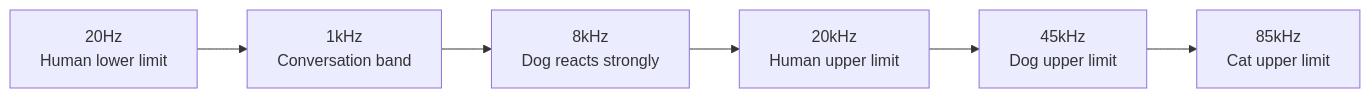
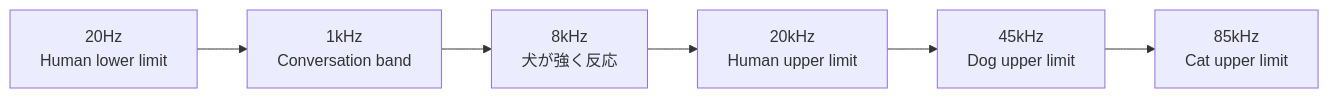
One commit to monumental-movement/monumental-movement.github.io changed the fourth of 5 diagrams in en/_posts/2026-04-11-column-dog-cat-music.md. Above: the diagram before and after it, drawn with Mermaid. The commit also changed other lines of this file and 1012 other files, not shown here.

```diff
--- a/en/_posts/2026-04-11-column-dog-cat-music.md
+++ b/en/_posts/2026-04-11-column-dog-cat-music.md
@@ -215,8 +215,8 @@
 <div class="mermaid">
 graph LR
 A[20Hz<br>Human lower limit] --> B[1kHz<br>Conversation band]
-B --> C[8kHz<br>Dog reacts strongly]
+B --> C[8kHz<br>犬が強く反応]
 C --> D[20kHz<br>Human upper limit]
 D --> E[45kHz<br>Dog upper limit]
 E --> F[85kHz<br>Cat upper limit]
 </div>
```
